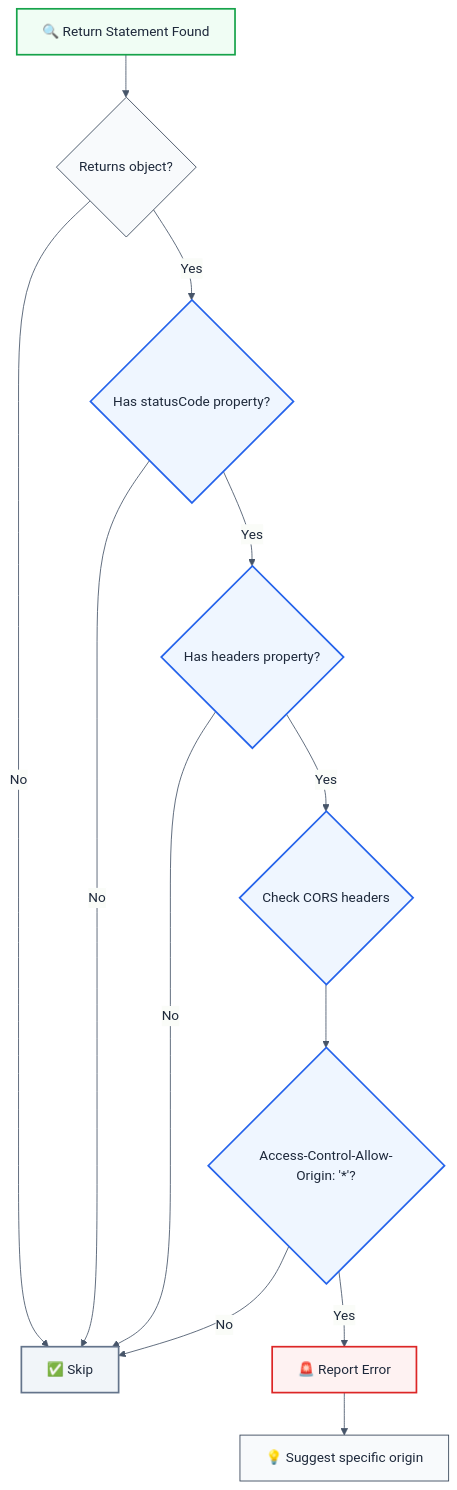
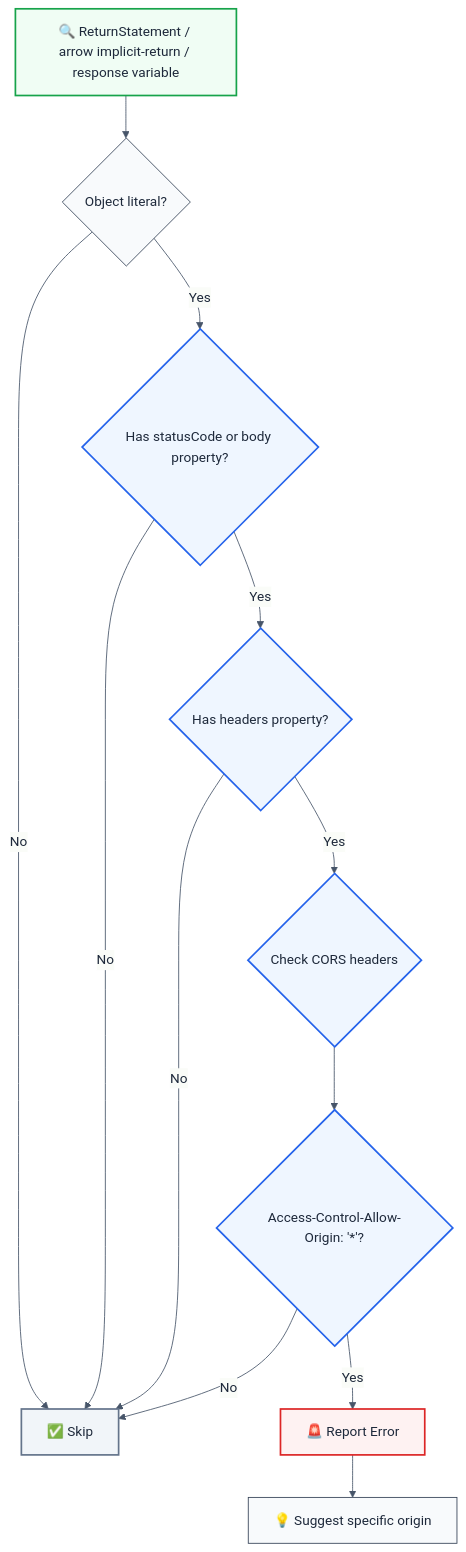
One commit to ofri-peretz/eslint changed the diagram in apps/docs/content/docs/security/plugin-lambda-security/rules/no-permissive-cors-response.mdx. Above: the diagram before and after it, drawn with Mermaid. The commit also changed other lines of this file and 462 other files, not shown here.

````diff
--- a/apps/docs/content/docs/security/plugin-lambda-security/rules/no-permissive-cors-response.mdx
+++ b/apps/docs/content/docs/security/plugin-lambda-security/rules/no-permissive-cors-response.mdx
@@ -44,34 +42,34 @@
 ```mermaid
 %%{init: {
   'theme': 'base',
   'themeVariables': {
     'primaryColor': '#f8fafc',
     'primaryTextColor': '#1e293b',
     'primaryBorderColor': '#334155',
     'lineColor': '#475569'
   }
 }}%%
 flowchart TD
-    A["🔍 Return Statement Found"] --> B{"Returns object?"}
+    A["🔍 ReturnStatement / arrow implicit-return / response variable"] --> B{"Object literal?"}
     B -->|No| C["✅ Skip"]
-    B -->|Yes| D{"Has statusCode property?"}
+    B -->|Yes| D{"Has statusCode or body property?"}
     D -->|No| C
     D -->|Yes| E{"Has headers property?"}
     E -->|No| C
     E -->|Yes| F{"Check CORS headers"}
     F --> G{"Access-Control-Allow-Origin: '*'?"}
     G -->|Yes| H["🚨 Report Error"]
     G -->|No| C
     H --> I["💡 Suggest specific origin"]
 
     classDef startNode fill:#f0fdf4,stroke:#16a34a,stroke-width:2px
     classDef errorNode fill:#fef2f2,stroke:#dc2626,stroke-width:2px
     classDef processNode fill:#eff6ff,stroke:#2563eb,stroke-width:2px
     classDef skipNode fill:#f1f5f9,stroke:#64748b,stroke-width:2px
 
     class A startNode
     class H errorNode
     class D,E,F,G processNode
     class C skipNode
 
 ```
````
